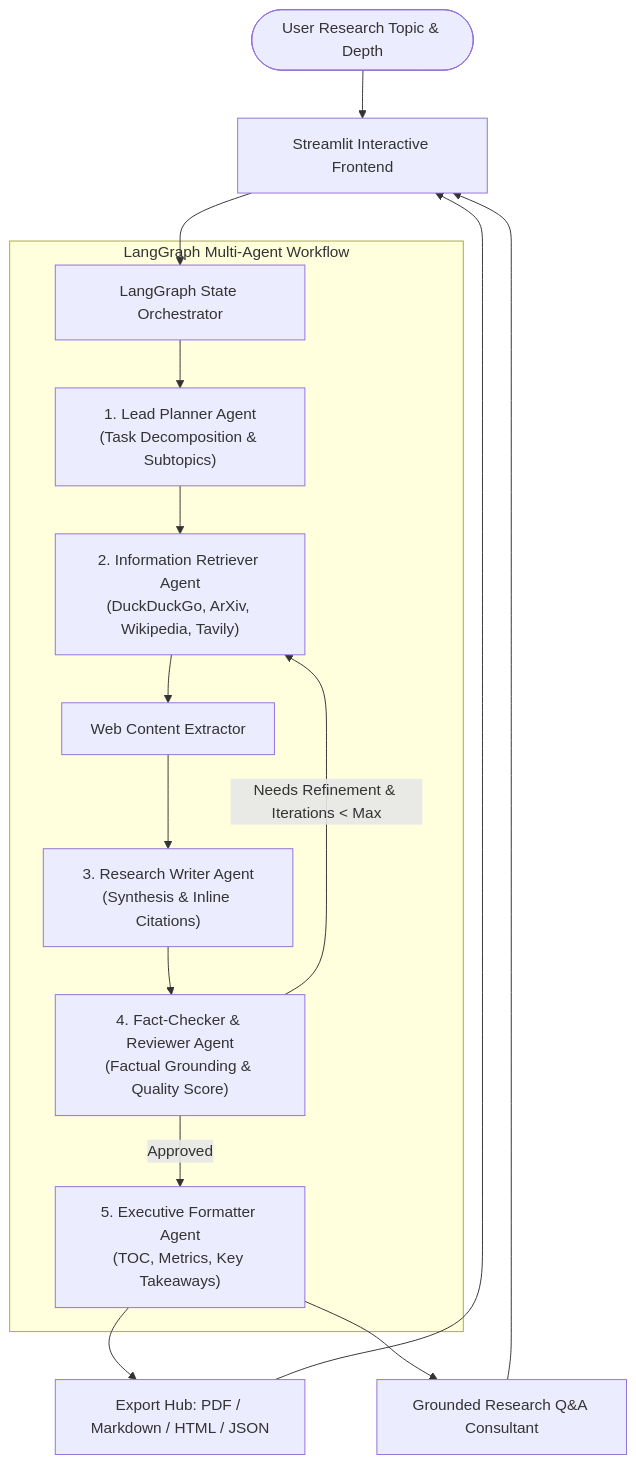
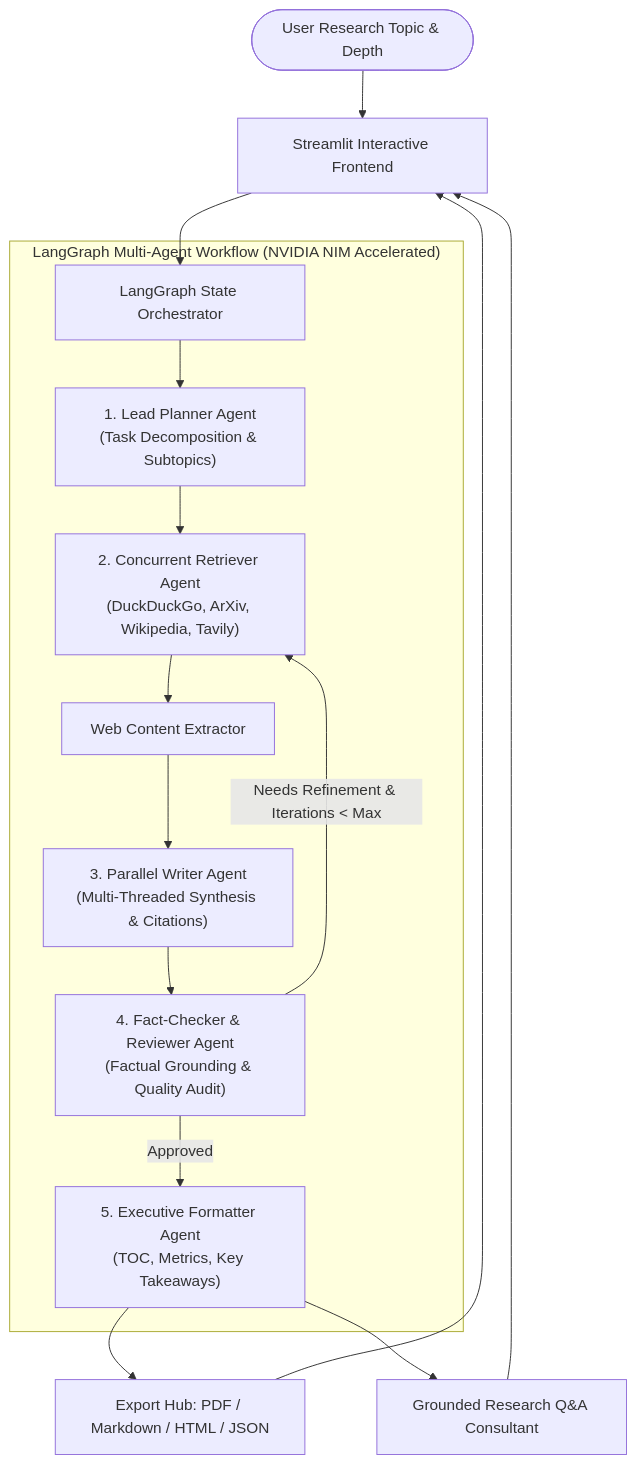
One commit to alokyadav1023/Multi-Agent-AI-Research-Assistant changed the diagram in README.md. Above: the diagram before and after it, drawn with Mermaid. The commit also changed other lines of this file, not shown here.

Commit message:
Update README.md with comprehensive localhost run commands and architecture

````diff
--- a/README.md
+++ b/README.md
@@ -21,21 +21,21 @@
 ```mermaid
 flowchart TD
     User([User Research Topic & Depth]) --> UI[Streamlit Interactive Frontend]
     UI --> Orchestrator[LangGraph State Orchestrator]
 
-    subgraph MultiAgentSquad ["LangGraph Multi-Agent Workflow"]
+    subgraph MultiAgentSquad ["LangGraph Multi-Agent Workflow (NVIDIA NIM Accelerated)"]
         Orchestrator --> Planner["1. Lead Planner Agent<br/>(Task Decomposition & Subtopics)"]
-        Planner --> Retriever["2. Information Retriever Agent<br/>(DuckDuckGo, ArXiv, Wikipedia, Tavily)"]
+        Planner --> Retriever["2. Concurrent Retriever Agent<br/>(DuckDuckGo, ArXiv, Wikipedia, Tavily)"]
         Retriever --> Scraper["Web Content Extractor"]
-        Scraper --> Writer["3. Research Writer Agent<br/>(Synthesis & Inline Citations)"]
-        Writer --> Reviewer["4. Fact-Checker & Reviewer Agent<br/>(Factual Grounding & Quality Score)"]
+        Scraper --> Writer["3. Parallel Writer Agent<br/>(Multi-Threaded Synthesis & Citations)"]
+        Writer --> Reviewer["4. Fact-Checker & Reviewer Agent<br/>(Factual Grounding & Quality Audit)"]
         
         Reviewer -->|Needs Refinement & Iterations < Max| Retriever
         Reviewer -->|Approved| Formatter["5. Executive Formatter Agent<br/>(TOC, Metrics, Key Takeaways)"]
     end
 
     Formatter --> Export[Export Hub: PDF / Markdown / HTML / JSON]
     Formatter --> InteractiveQA[Grounded Research Q&A Consultant]
     Export --> UI
     InteractiveQA --> UI
 ```
````
